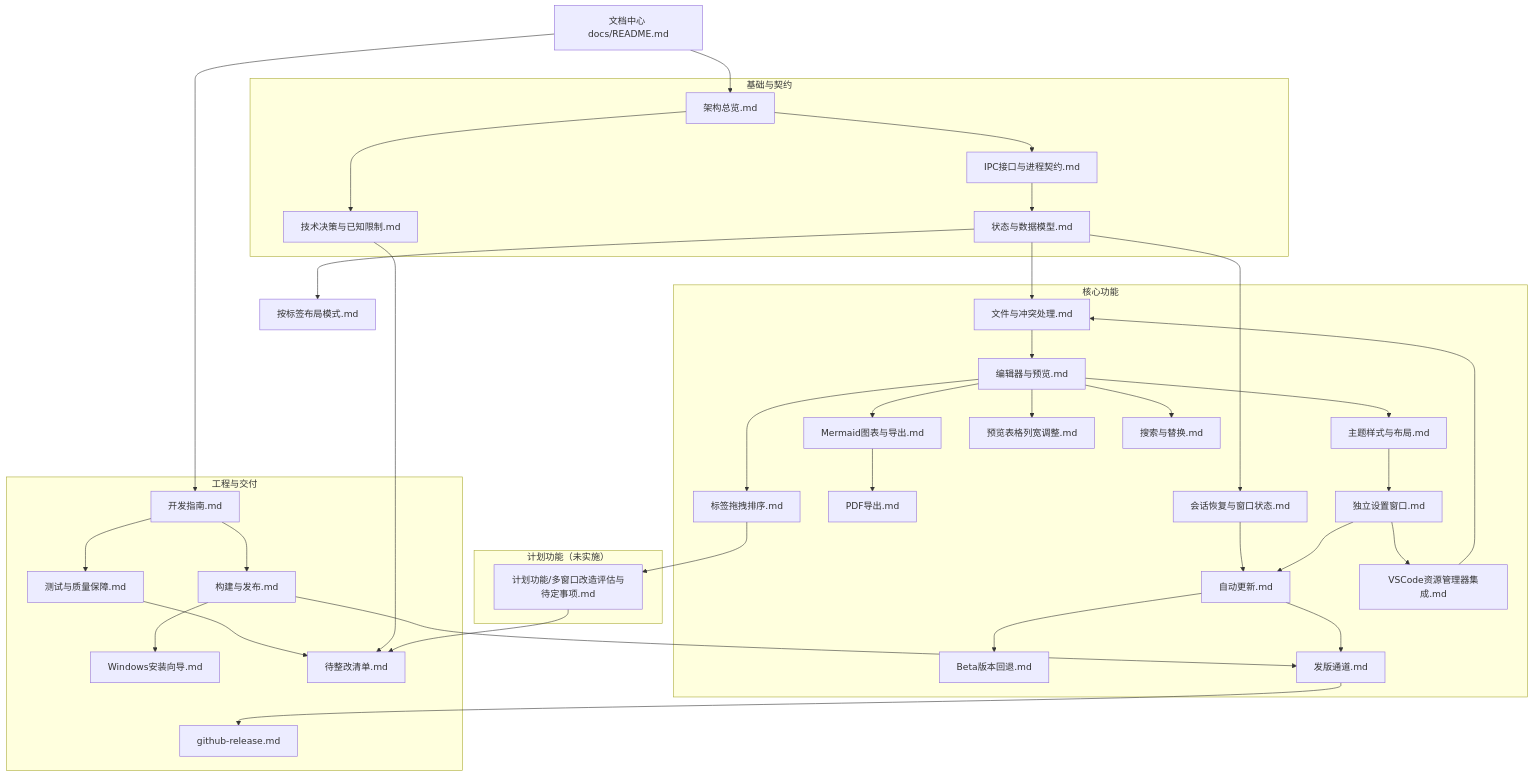
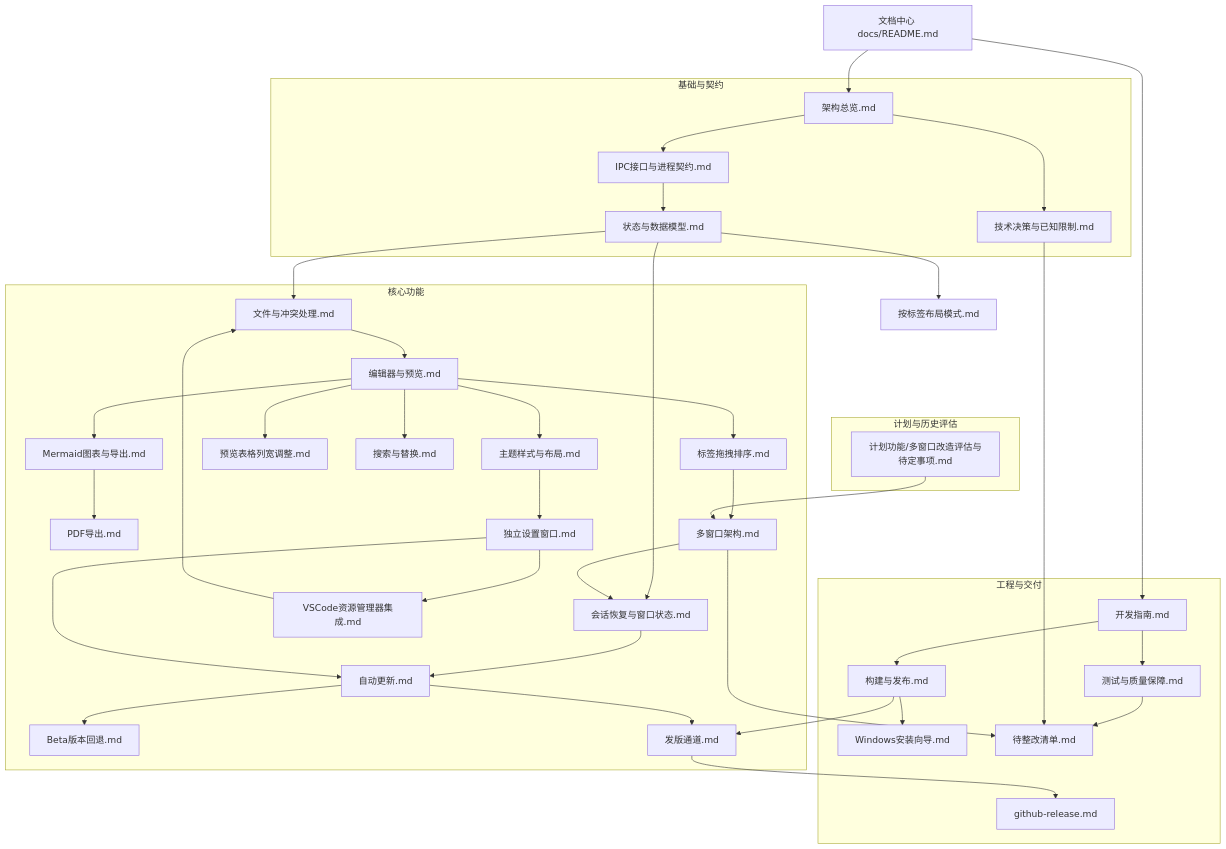
Before and after one commit to Harley-xk/mark-it: the diagram in docs/README.md, drawn with Mermaid. The commit also changed other lines of this file and 47 other files, not shown here.

````diff
--- a/docs/README.md
+++ b/docs/README.md
@@ -14,73 +14,76 @@
 ```mermaid
 flowchart TD
   IDX["文档中心 docs/README.md"]
 
   subgraph 基础与契约
     ARCH["架构总览.md"]
     DEC["技术决策与已知限制.md"]
     IPC["IPC接口与进程契约.md"]
     DATA["状态与数据模型.md"]
   end
 
   subgraph 核心功能
     FILE["文件与冲突处理.md"]
     SESSION["会话恢复与窗口状态.md"]
     EDIT["编辑器与预览.md"]
     THEME["主题样式与布局.md"]
     MERMAID["Mermaid图表与导出.md"]
     PDF["PDF导出.md"]
     TABLE["预览表格列宽调整.md"]
     SEARCH["搜索与替换.md"]
     TABORDER["标签拖拽排序.md"]
+    MULTI["多窗口架构.md"]
     UPDATE["自动更新.md"]
     ROLLBACK["Beta版本回退.md"]
     CHANNEL["发版通道.md"]
     VSCODE["VSCode资源管理器集成.md"]
     SETTINGS["独立设置窗口.md"]
   end
 
   subgraph 工程与交付
     BUILD["构建与发布.md"]
     INSTALLER["Windows安装向导.md"]
     RELEASE["github-release.md"]
     DEV["开发指南.md"]
     QA["测试与质量保障.md"]
     TODO["待整改清单.md"]
   end
 
-  subgraph PLANNED["计划功能（未实施）"]
-    MULTI["计划功能/多窗口改造评估与待定事项.md"]
+  subgraph PLANNED["计划与历史评估"]
+    MULTIEVAL["计划功能/多窗口改造评估与待定事项.md"]
   end
 
   IDX --> ARCH
   IDX --> DEV
   ARCH --> DEC
   ARCH --> IPC
   IPC --> DATA
   DATA --> FILE
   DATA --> SESSION
   DATA --> LAYOUT["按标签布局模式.md"]
   FILE --> EDIT
   EDIT --> THEME
   EDIT --> MERMAID
   EDIT --> TABLE
   EDIT --> SEARCH
   EDIT --> TABORDER
   MERMAID --> PDF
   SESSION --> UPDATE
   UPDATE --> ROLLBACK
   UPDATE --> CHANNEL
   THEME --> SETTINGS
   SETTINGS --> UPDATE
   SETTINGS --> VSCODE
   VSCODE --> FILE
   DEV --> QA
   DEV --> BUILD
   BUILD --> INSTALLER
   BUILD --> CHANNEL
   CHANNEL --> RELEASE
   QA --> TODO
   DEC --> TODO
   TABORDER --> MULTI
+  MULTI --> SESSION
   MULTI --> TODO
+  MULTIEVAL --> MULTI
 ```
````
